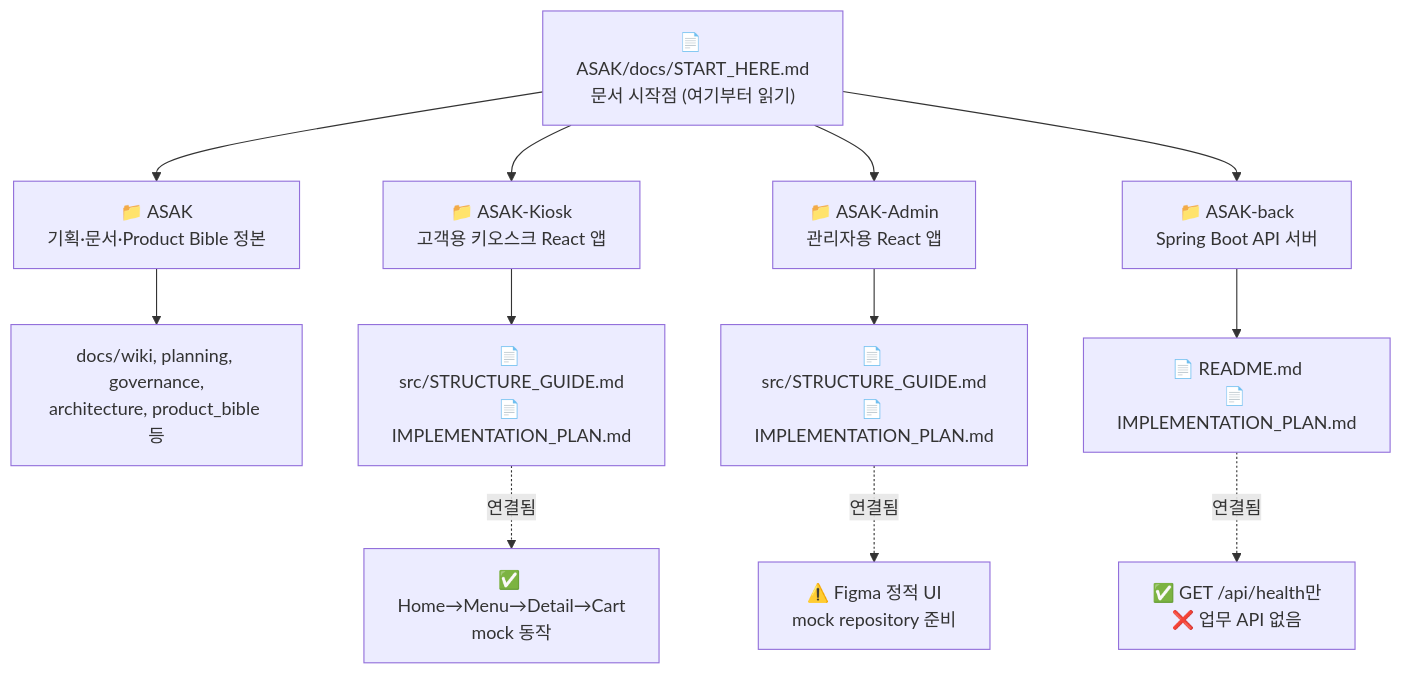
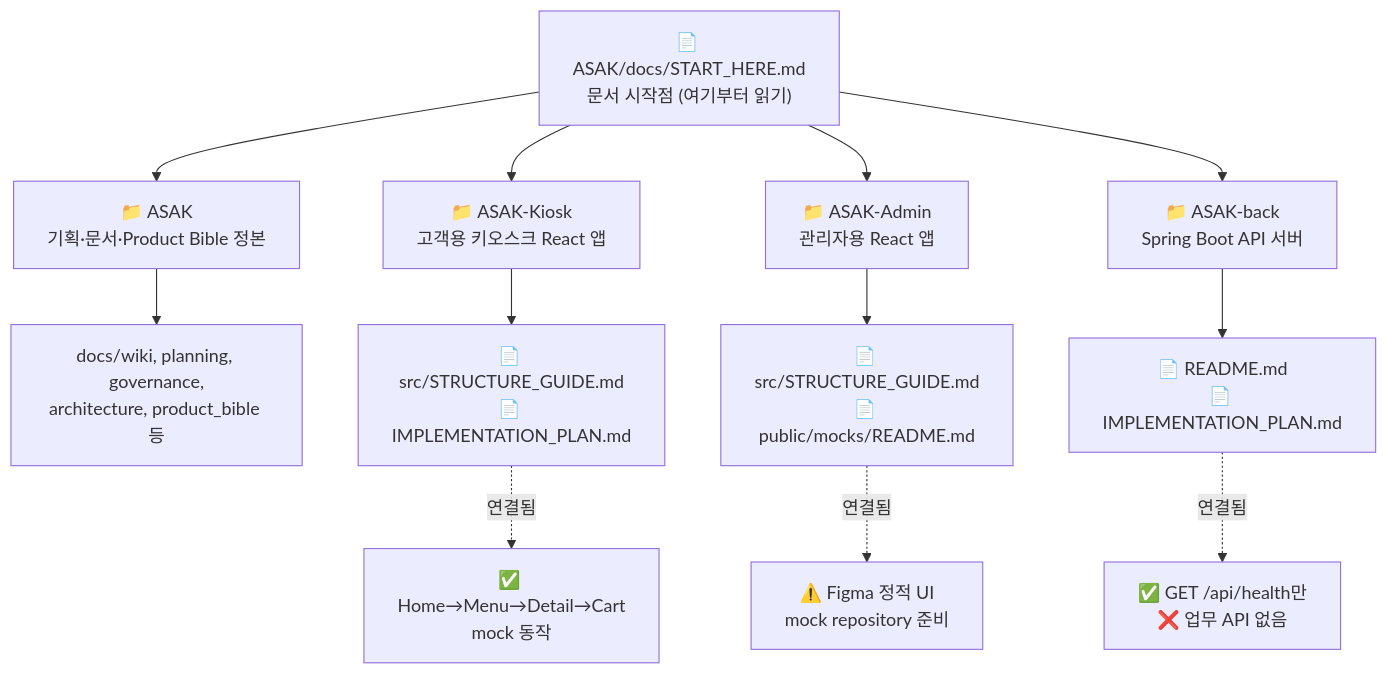
Before and after one commit to hagenie128/ASAK: the first of 6 diagrams in docs/wiki/project-flow.md, drawn with Mermaid. The commit also changed other lines of this file and 25 other files, not shown here.

````diff
--- a/docs/wiki/project-flow.md
+++ b/docs/wiki/project-flow.md
@@ -24,19 +25,19 @@
 ```mermaid
 flowchart TB
     START["📄 ASAK/docs/START_HERE.md<br/>문서 시작점 (여기부터 읽기)"]
 
     START --> ASAK["📁 ASAK<br/>기획·문서·Product Bible 정본"]
     START --> KIOSK["📁 ASAK-Kiosk<br/>고객용 키오스크 React 앱"]
     START --> ADMIN["📁 ASAK-Admin<br/>관리자용 React 앱"]
     START --> BACK["📁 ASAK-back<br/>Spring Boot API 서버"]
 
     ASAK --> ASAK_DOC["docs/wiki, planning, governance,<br/>architecture, product_bible 등"]
 
     KIOSK --> KIOSK_DOC["📄 src/STRUCTURE_GUIDE.md<br/>📄 IMPLEMENTATION_PLAN.md"]
-    ADMIN --> ADMIN_DOC["📄 src/STRUCTURE_GUIDE.md<br/>📄 IMPLEMENTATION_PLAN.md"]
+    ADMIN --> ADMIN_DOC["📄 src/STRUCTURE_GUIDE.md<br/>📄 public/mocks/README.md"]
     BACK --> BACK_DOC["📄 README.md<br/>📄 IMPLEMENTATION_PLAN.md"]
 
     KIOSK_DOC -. 연결됨 .-> KIOSK_CODE["✅ Home→Menu→Detail→Cart<br/>mock 동작"]
     ADMIN_DOC -. 연결됨 .-> ADMIN_CODE["⚠️ Figma 정적 UI<br/>mock repository 준비"]
     BACK_DOC -. 연결됨 .-> BACK_CODE["✅ GET /api/health만<br/>❌ 업무 API 없음"]
 ```
````
